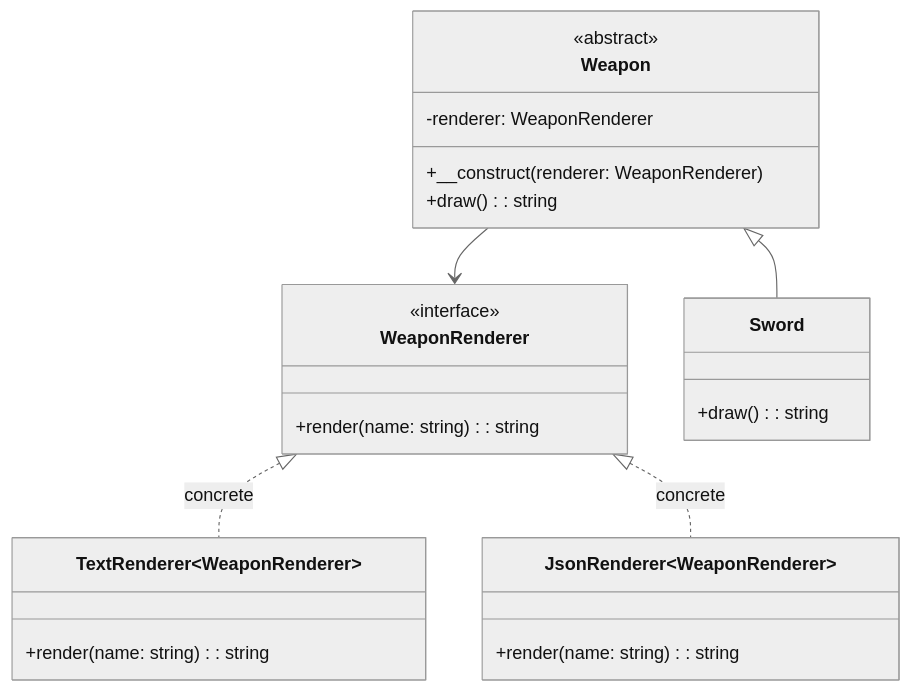
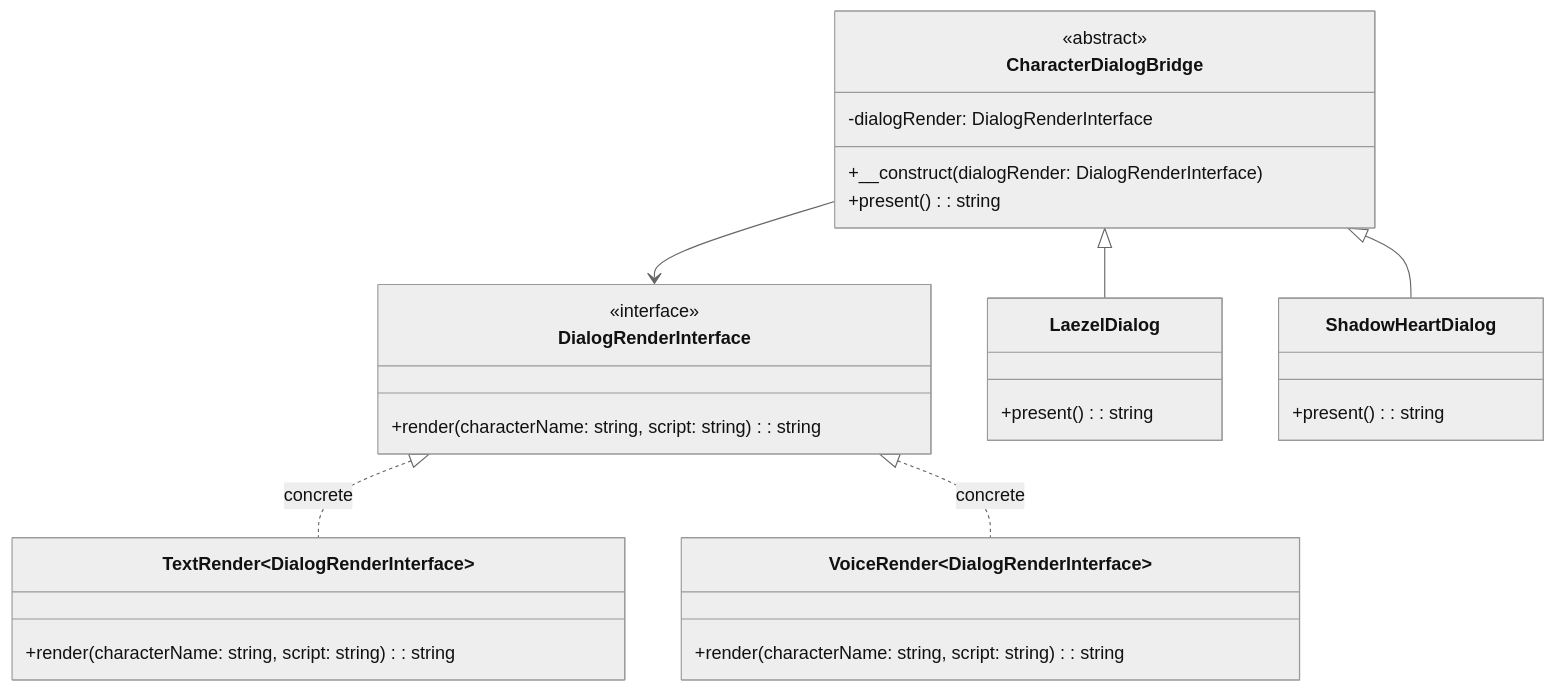
Before and after one commit to YenShiangGao/DesignPatternExample: the diagram in server/Structural/Bridge/Readme.md, drawn with Mermaid (neutral theme). The commit also changed 30 other files, not shown here.

````diff
--- a/server/Structural/Bridge/Readme.md
+++ b/server/Structural/Bridge/Readme.md
@@ -1,32 +1,37 @@
 ```mermaid
 classDiagram
-    class WeaponRenderer {
+    class DialogRenderInterface {
         <<interface>>
-        +render(name: string): string
+        +render(characterName: string, script: string): string
     }
 
-    class TextRenderer ~WeaponRenderer~ {
-        +render(name: string): string
+    class TextRender ~DialogRenderInterface~ {
+        +render(characterName: string, script: string): string
     }
 
-    class JsonRenderer ~WeaponRenderer~ {
-        +render(name: string): string
+    class VoiceRender ~DialogRenderInterface~ {
+        +render(characterName: string, script: string): string
     }
 
-    class Weapon {
+    class CharacterDialogBridge {
         <<abstract>>
-        -renderer: WeaponRenderer
-        +__construct(renderer: WeaponRenderer)
-        +draw(): string
+        -dialogRender: DialogRenderInterface
+        +__construct(dialogRender: DialogRenderInterface)
+        +present(): string
     }
 
-    class Sword {
-        +draw(): string
+    class LaezelDialog {
+        +present(): string
     }
 
-    Weapon --> WeaponRenderer
-    WeaponRenderer <|.. TextRenderer : concrete
-    WeaponRenderer <|.. JsonRenderer : concrete
-    Weapon <|-- Sword
+    class ShadowHeartDialog {
+        +present(): string
+    }
+
+    CharacterDialogBridge --> DialogRenderInterface
+    DialogRenderInterface <|.. TextRender : concrete
+    DialogRenderInterface <|.. VoiceRender : concrete
+    CharacterDialogBridge <|-- LaezelDialog
+    CharacterDialogBridge <|-- ShadowHeartDialog
     
 ```
````
